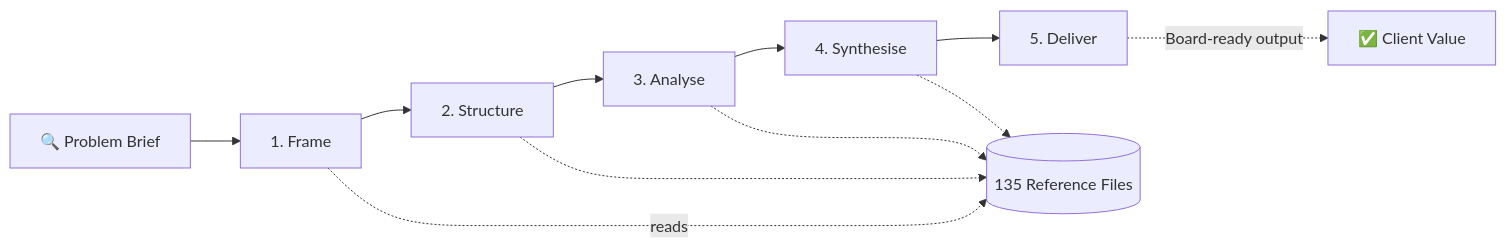
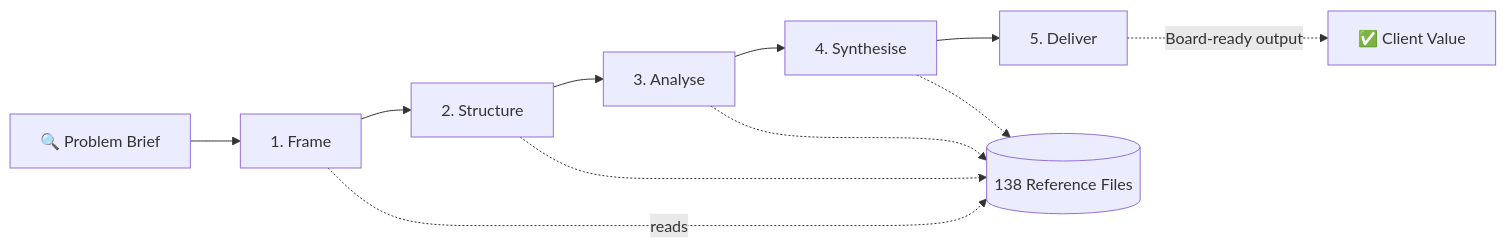
Before and after one commit to DogInfantry/claude-skill-management-consultant-B1: the first of 4 diagrams in README.md, drawn with Mermaid. The commit also changed other lines of this file and 38 other files, not shown here.

````diff
--- a/README.md
+++ b/README.md
@@ -48,14 +48,14 @@
 ```mermaid
 flowchart LR
     A["🔍 Problem Brief"] --> B["1. Frame"]
     B --> C["2. Structure"]
     C --> D["3. Analyse"]
     D --> E["4. Synthesise"]
     E --> F["5. Deliver"]
 
-    B -.->|reads| G[("135 Reference Files")]
+    B -.->|reads| G[("138 Reference Files")]
     C -.-> G
     D -.-> G
     E -.-> G
     F -.->|"Board-ready output"| H["✅ Client Value"]
 ```
````
